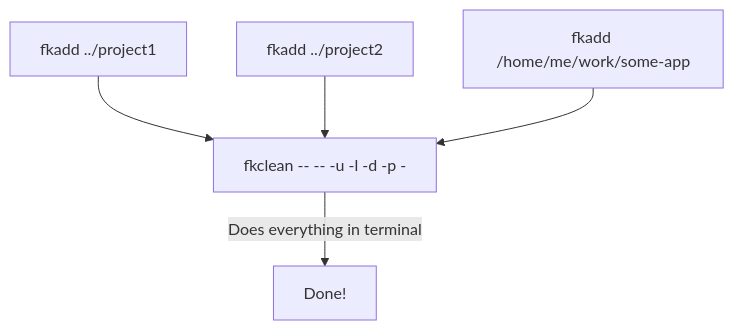
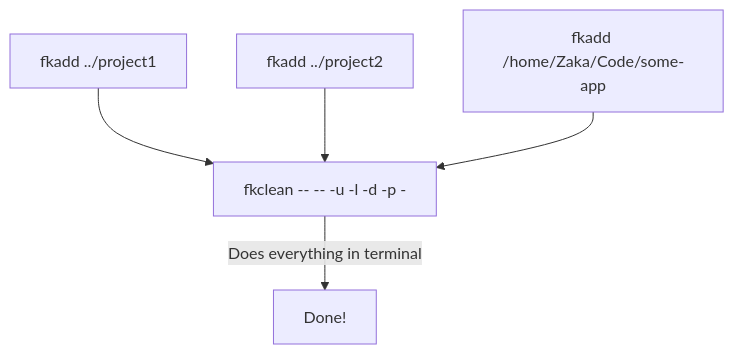
Before and after one commit to FuckingNode/fuckingnode.github.io: the second of 3 diagrams in docs/learn/clean.md, drawn with Mermaid. The commit also changed other lines of this file and 22 other files, not shown here.

````diff
--- a/docs/learn/clean.md
+++ b/docs/learn/clean.md
@@ -43,14 +43,14 @@
 ```mermaid
 graph TD
     A["fkadd ../project1"]
     B["fkadd ../project2"]
-    C["fkadd /home/me/work/some-app"]
+    C["fkadd /home/Zaka/Code/some-app"]
 
     D["fkclean -- -- -u -l -d -p -"]
 
     A --> D
     B --> D
     C --> D
 
     D -->|Does everything in terminal| E["Done!"]
 ```
````
